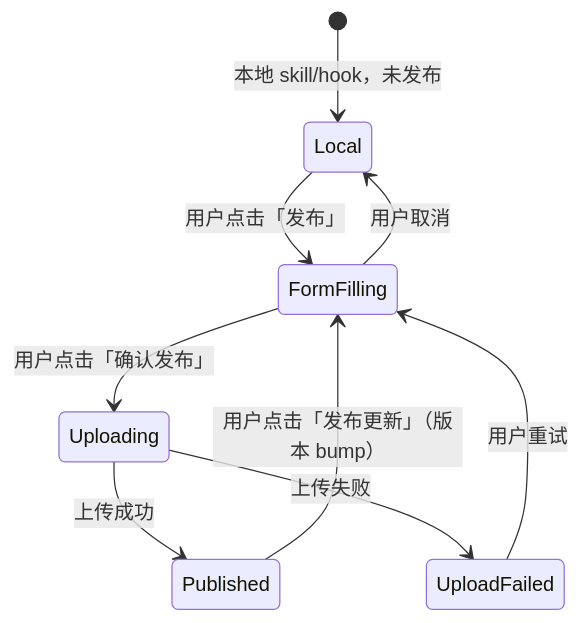
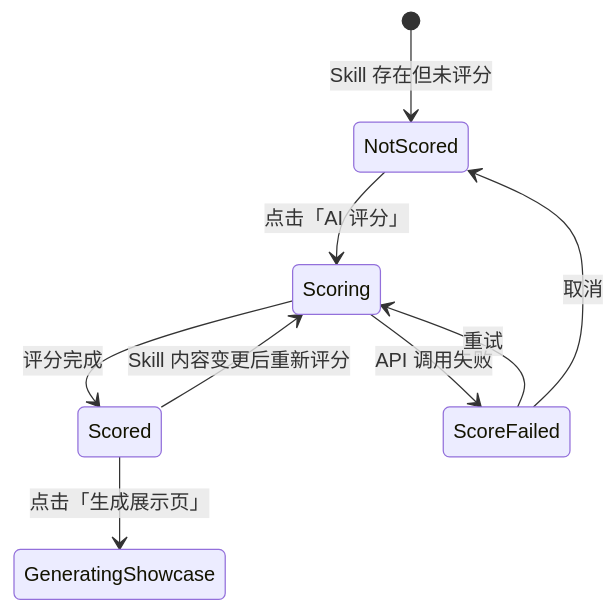
Before and after one commit to muxvo/muxvo: diagram 26 of 28 in PRD.md, drawn with Mermaid. The commit also changed other lines of this file, not shown here.

````diff
--- a/PRD.md
+++ b/PRD.md
@@ -1161,13 +1141,14 @@
 ```mermaid
 stateDiagram-v2
-    [*] --> Local: 本地 skill/hook，未发布
+    [*] --> NotScored: Skill 存在但未评分
 
-    Local --> FormFilling: 用户点击「发布」
-    FormFilling --> Uploading: 用户点击「确认发布」
-    FormFilling --> Local: 用户取消
-    Uploading --> Published: 上传成功
-    Uploading --> UploadFailed: 上传失败
+    NotScored --> Scoring: 点击「AI 评分」
+    Scoring --> Scored: 评分完成
+    Scoring --> ScoreFailed: API 调用失败
 
-    Published --> FormFilling: 用户点击「发布更新」（版本 bump）
-    UploadFailed --> FormFilling: 用户重试
+    ScoreFailed --> Scoring: 重试
+    ScoreFailed --> NotScored: 取消
+
+    Scored --> Scoring: Skill 内容变更后重新评分
+    Scored --> GeneratingShowcase: 点击「生成展示页」
 ```
````
